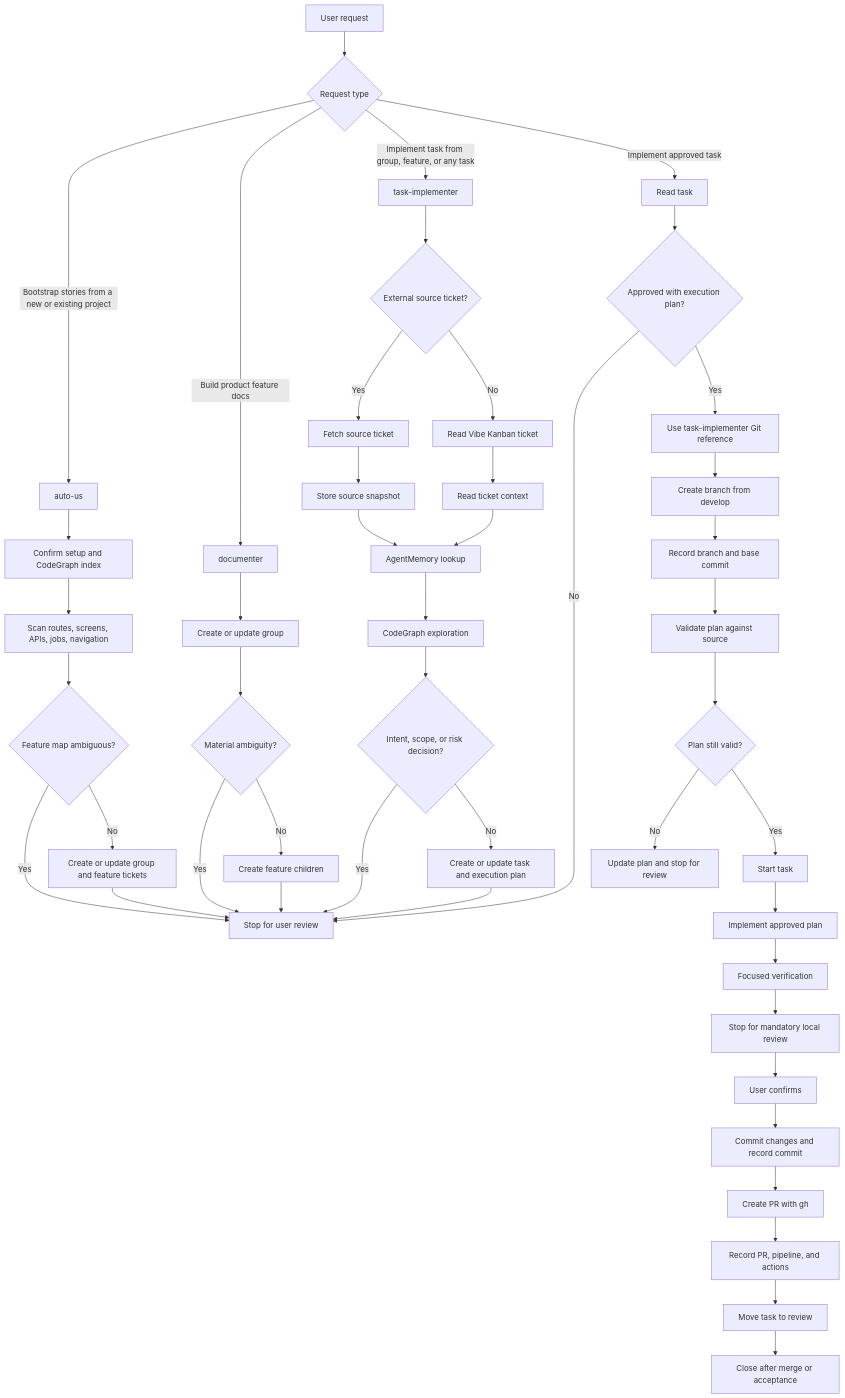
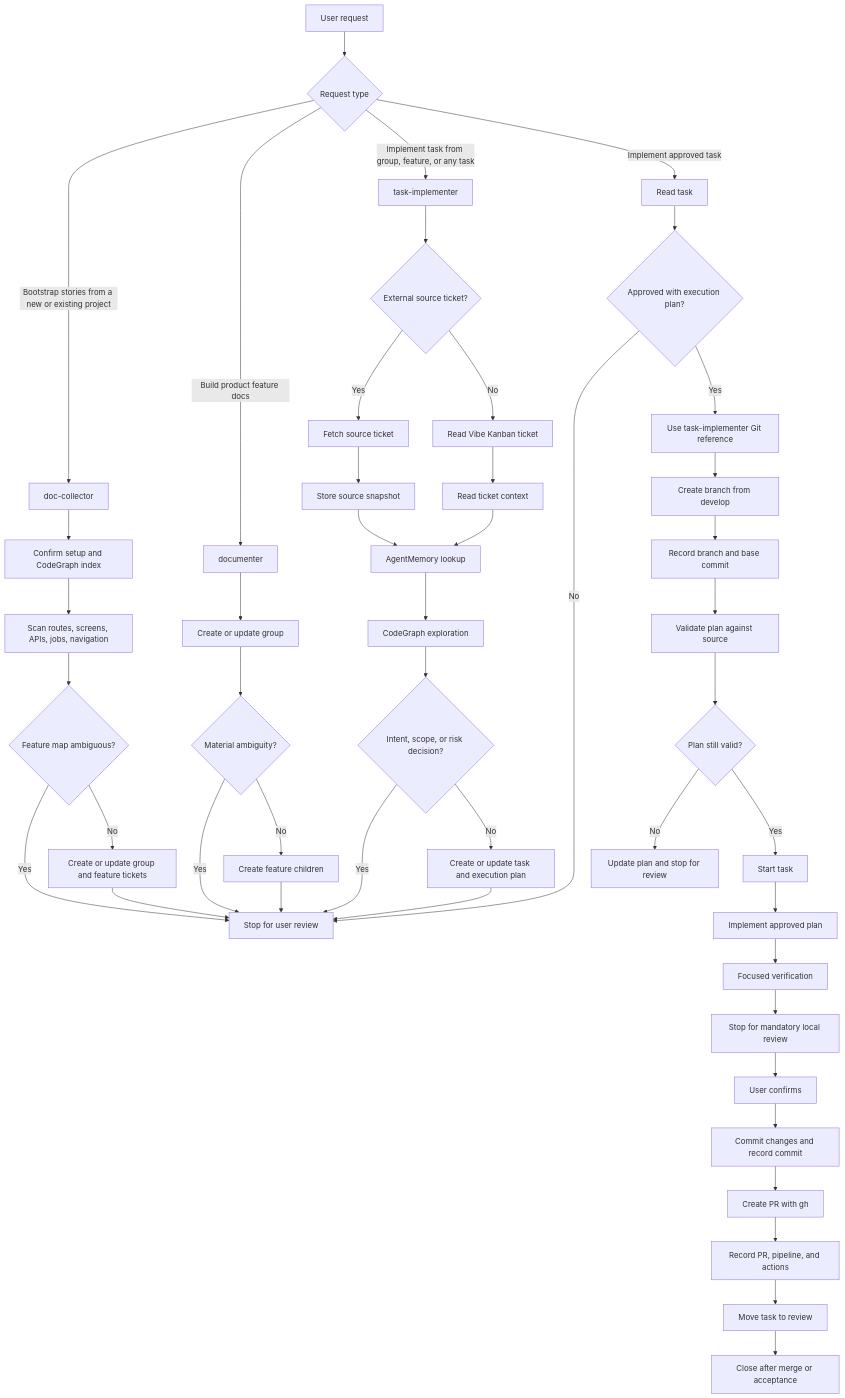
One commit to duongtrungnguyenrc/agent-workspace changed the diagram in README.md. Above: the diagram before and after it, drawn with Mermaid. The commit also changed other lines of this file and 105 other files, not shown here.

````diff
--- a/README.md
+++ b/README.md
@@ -84,53 +84,53 @@
 ```mermaid
 flowchart TD
     A[User request] --> B{Request type}
 
-    B -->|Bootstrap stories from a new or existing project| AU[auto-us]
+    B -->|Bootstrap stories from a new or existing project| AU[doc-collector]
     AU --> AU1[Confirm setup and CodeGraph index]
     AU1 --> AU2[Scan routes, screens, APIs, jobs, navigation]
     AU2 --> AUQ{Feature map ambiguous?}
     AUQ -->|Yes| F[Stop for user review]
     AUQ -->|No| AU3[Create or update group and feature tickets]
     AU3 --> F
 
     B -->|Build product feature docs| C[documenter]
     C --> D[Create or update group]
     D --> DQ{Material ambiguity?}
     DQ -->|Yes| F
     DQ -->|No| E[Create feature children]
     E --> F
 
     B -->|Implement task from group, feature, or any task | G[task-implementer]
     G --> H{External source ticket?}
     H -->|Yes| I[Fetch source ticket]
     H -->|No| J[Read Vibe Kanban ticket]
     I --> K[Store source snapshot]
     J --> L[Read ticket context]
     K --> M[AgentMemory lookup]
     L --> M
     M --> N[CodeGraph exploration]
     N --> NQ{Intent, scope, or risk decision?}
     NQ -->|Yes| F
     NQ -->|No| O[Create or update task and execution plan]
     O --> F
 
     B -->|Implement approved task| P[Read task]
     P --> Q{Approved with execution plan?}
     Q -->|No| F
       Q -->|Yes| R[Use task-implementer Git reference]
     R --> S[Create branch from develop]
     S --> T[Record branch and base commit]
     T --> U[Validate plan against source]
     U --> V{Plan still valid?}
     V -->|No| W[Update plan and stop for review]
     V -->|Yes| X[Start task]
     X --> Y[Implement approved plan]
     Y --> AA[Focused verification]
       AA --> AB[Stop for mandatory local review]
       AB --> AC[User confirms]
       AC --> AD[Commit changes and record commit]
       AD --> AE[Create PR with gh]
       AE --> AF[Record PR, pipeline, and actions]
       AF --> AG[Move task to review]
       AG --> AH[Close after merge or acceptance]
 ```
````
